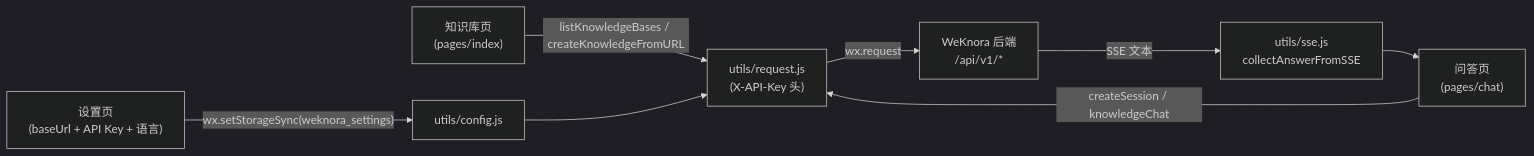
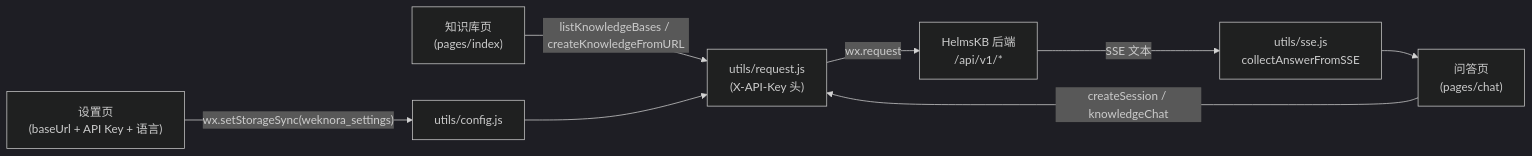
The diagram in website-docs/05-clients/04-miniprogram.md (raylu798-art/HelmsKB), drawn with Mermaid (dark theme) before and after one commit. The commit also changed other lines of this file and 50 other files, not shown here.

````diff
--- a/website-docs/05-clients/04-miniprogram.md
+++ b/website-docs/05-clients/04-miniprogram.md
@@ -105,10 +105,10 @@
 ```mermaid
 flowchart LR
     S["设置页<br/>(baseUrl + API Key + 语言)"] -->|"wx.setStorageSync(weknora_settings)"| C["utils/config.js"]
     K["知识库页<br/>(pages/index)"] -->|"listKnowledgeBases / createKnowledgeFromURL"| R["utils/request.js<br/>(X-API-Key 头)"]
     Q["问答页<br/>(pages/chat)"] -->|"createSession / knowledgeChat"| R
-    R -->|"wx.request"| B["WeKnora 后端<br/>/api/v1/*"]
+    R -->|"wx.request"| B["HelmsKB 后端<br/>/api/v1/*"]
     B -->|"SSE 文本"| P["utils/sse.js<br/>collectAnswerFromSSE"]
     P --> Q
     C --> R
 ```
````
